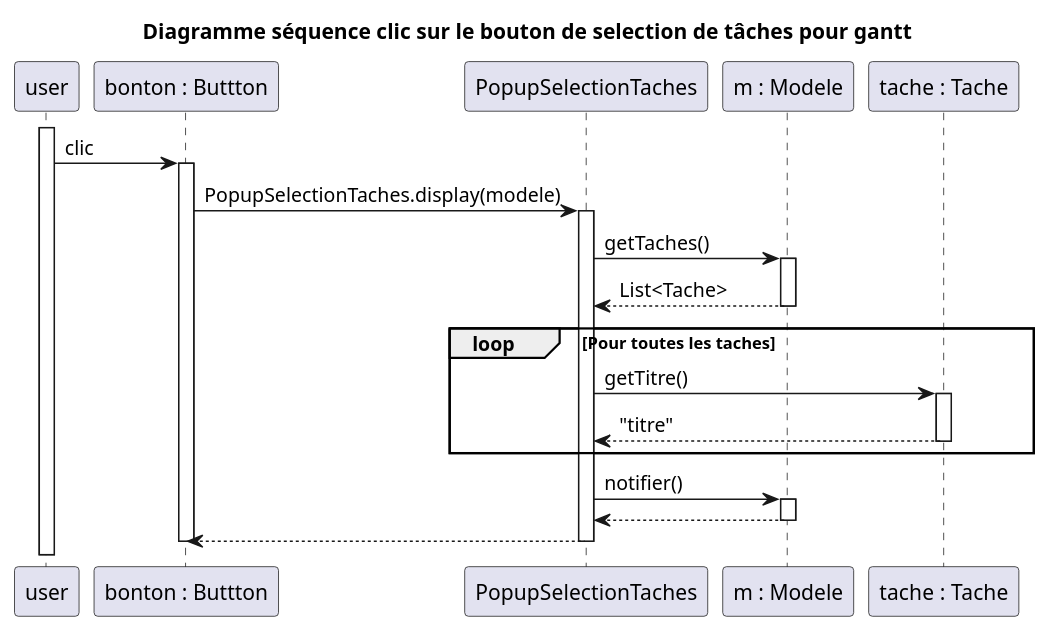
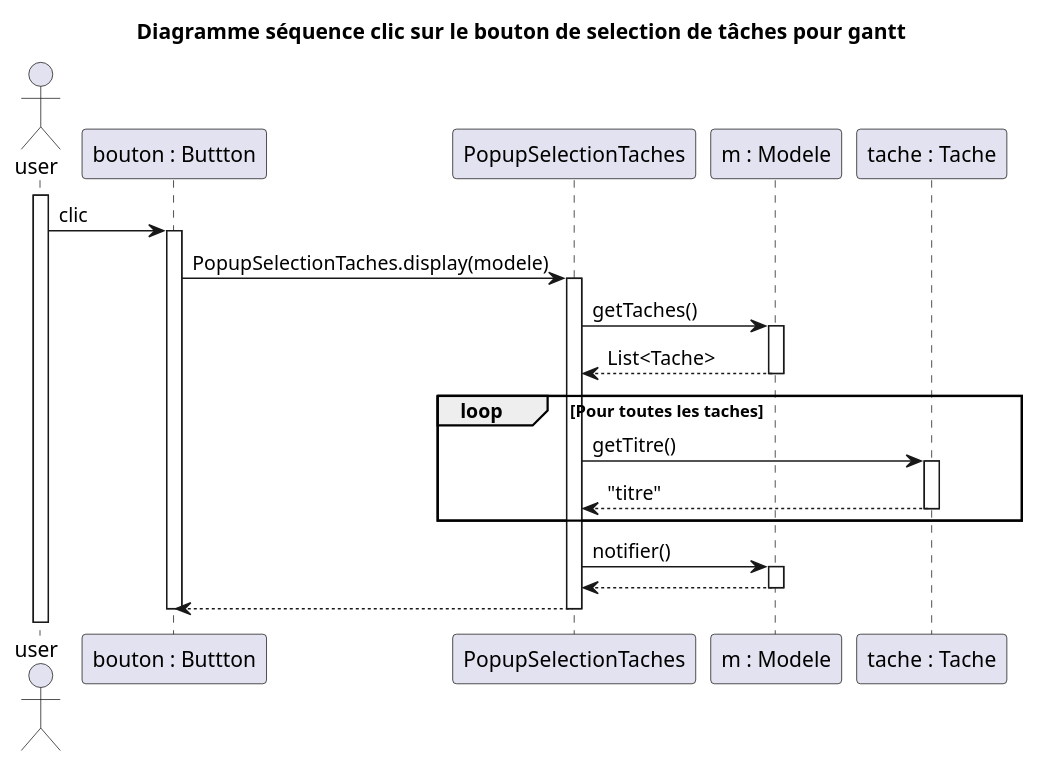
One commit to AlexanderCARNET/SAE_3_01_dev_application changed the diagram in Ollert_QDEV/diagrammes/Iteration4/DiagrammeSequenceSelectionnerTache.puml. Above: the diagram before and after it, drawn with PlantUML.

Commit message:
[UPDATE] changement d'un participant en actor

```diff
--- a/Ollert_QDEV/diagrammes/Iteration4/DiagrammeSequenceSelectionnerTache.puml
+++ b/Ollert_QDEV/diagrammes/Iteration4/DiagrammeSequenceSelectionnerTache.puml
@@ -1,41 +1,41 @@
 @startuml
 'https://plantuml.com/sequence-diagram
 
 title Diagramme séquence clic sur le bouton de selection de tâches pour gantt
 
-participant user
-participant "bonton : Buttton" as Button
+actor user
+participant "bouton : Buttton" as Button
 participant "PopupSelectionTaches" as popupSelectionTaches
 participant "m : Modele" as modele
 participant "tache : Tache" as Tache
 
 activate user
 user -> Button : clic
 
 activate Button
 
 Button -> popupSelectionTaches : PopupSelectionTaches.display(modele)
 activate popupSelectionTaches
 
 popupSelectionTaches -> modele : getTaches()
 activate modele
 modele --> popupSelectionTaches : List<Tache>
 deactivate modele
 loop Pour toutes les taches
 popupSelectionTaches -> Tache : getTitre()
 
 activate Tache
 Tache --> popupSelectionTaches : "titre"
 deactivate Tache
 end loop
 popupSelectionTaches -> modele : notifier()
 activate modele
 modele --> popupSelectionTaches
 deactivate modele
 
 popupSelectionTaches --> Button
 deactivate popupSelectionTaches
 deactivate Button
 
 
 @enduml
```
